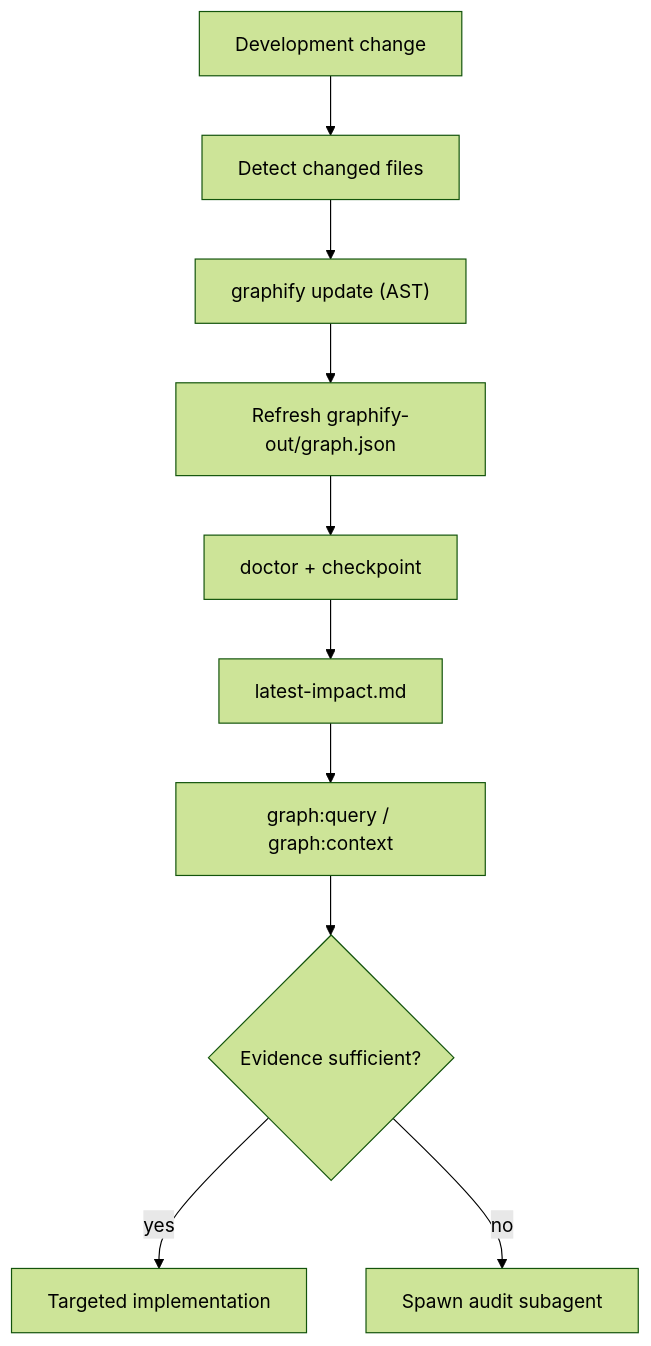
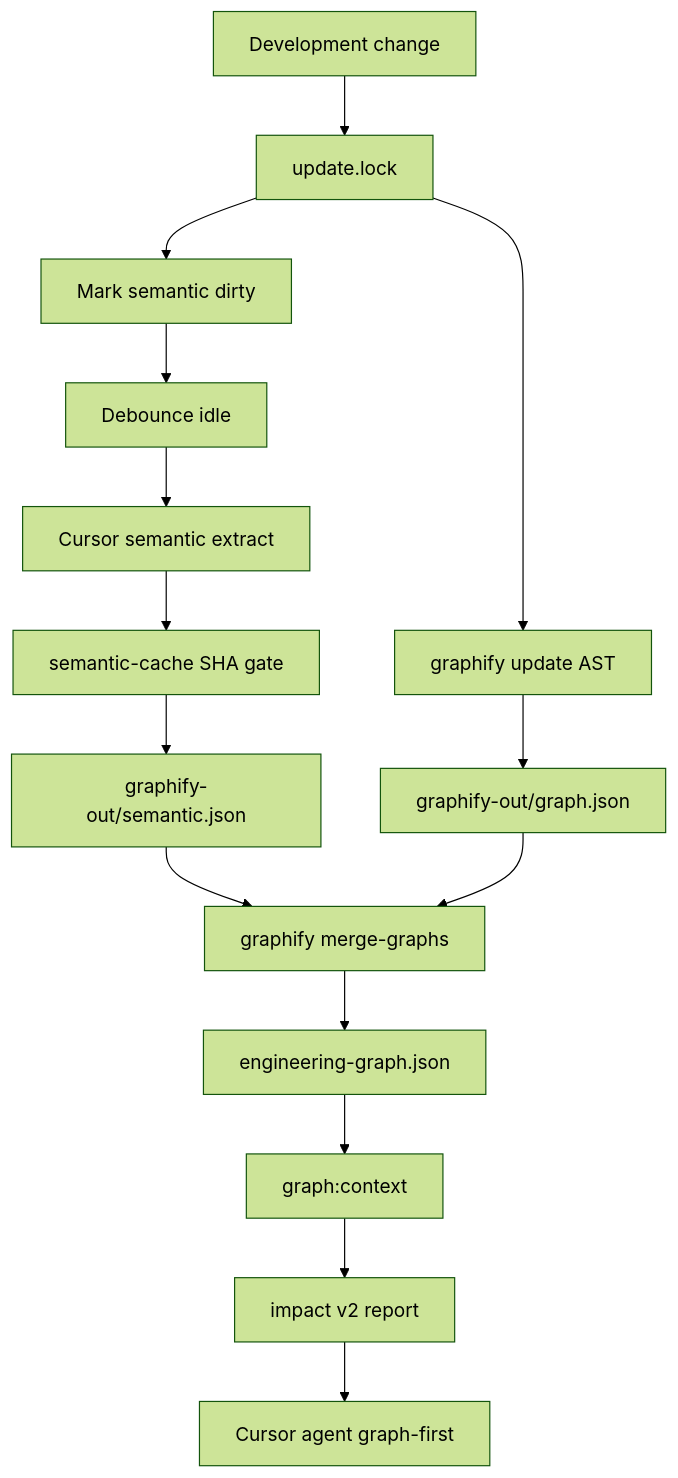
One commit to yubiefood-id/yubie-platform changed the diagram in docs/development/GRAPHIFY_WORKFLOW.md. Above: the diagram before and after it, drawn with Mermaid (forest theme). The commit also changed other lines of this file and 11 other files, not shown here.

First line of the commit message:
docs(graphify): document production engineering intelligence workflow

````diff
--- a/docs/development/GRAPHIFY_WORKFLOW.md
+++ b/docs/development/GRAPHIFY_WORKFLOW.md
@@ -7,12 +7,17 @@
 ```mermaid
 flowchart TD
-  devChange[Development change] --> detect[Detect changed files]
-  detect --> incrUpdate["graphify update (AST)"]
-  incrUpdate --> refresh[Refresh graphify-out/graph.json]
-  refresh --> validate[doctor + checkpoint]
-  validate --> impact[latest-impact.md]
-  impact --> agentQuery["graph:query / graph:context"]
-  agentQuery --> gap{Evidence sufficient?}
-  gap -->|yes| targetedWork[Targeted implementation]
-  gap -->|no| subagent[Spawn audit subagent]
+  devChange[Development change] --> lock[update.lock]
+  lock --> astUpdate[graphify update AST]
+  lock --> semanticDirty[Mark semantic dirty]
+  semanticDirty --> debounce[Debounce idle]
+  debounce --> cursorExtract[Cursor semantic extract]
+  cursorExtract --> cache[semantic-cache SHA gate]
+  cache --> semanticJson[graphify-out/semantic.json]
+  astUpdate --> astJson[graphify-out/graph.json]
+  semanticJson --> merge[graphify merge-graphs]
+  astJson --> merge
+  merge --> engGraph[engineering-graph.json]
+  engGraph --> context[graph:context]
+  context --> impact[impact v2 report]
+  impact --> agent[Cursor agent graph-first]
 ```
````
